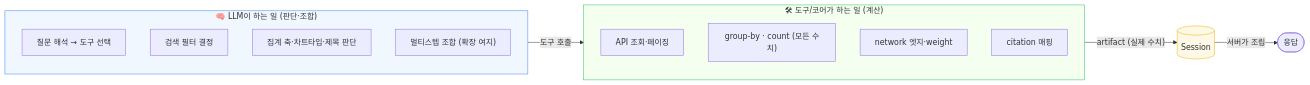
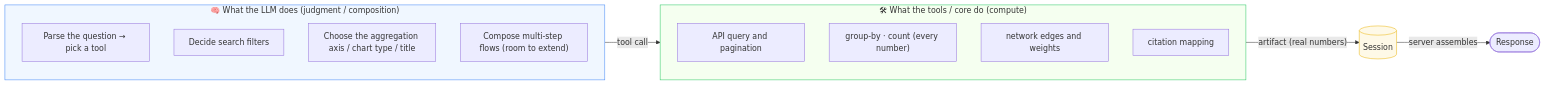
The second of 3 diagrams in docs/architecture.md (kingjiwoo/h-assignment), drawn with Mermaid before and after one commit. The commit also changed other lines of this file and 29 other files, not shown here.

````diff
--- a/docs/architecture.md
+++ b/docs/architecture.md
@@ -41,22 +41,22 @@
 ```mermaid
 flowchart LR
-    subgraph Judgment["🧠 LLM이 하는 일 (판단·조합)"]
-        A1["질문 해석 → 도구 선택"]
-        A2["검색 필터 결정"]
-        A3["집계 축·차트타입·제목 판단"]
-        A4["멀티스텝 조합 (확장 여지)"]
+    subgraph Judgment["🧠 What the LLM does (judgment / composition)"]
+        A1["Parse the question → pick a tool"]
+        A2["Decide search filters"]
+        A3["Choose the aggregation axis / chart type / title"]
+        A4["Compose multi-step flows (room to extend)"]
     end
-    subgraph Compute["🛠 도구/코어가 하는 일 (계산)"]
-        B1["API 조회·페이징"]
-        B2["group-by · count (모든 수치)"]
-        B3["network 엣지·weight"]
-        B4["citation 매핑"]
+    subgraph Compute["🛠 What the tools / core do (compute)"]
+        B1["API query and pagination"]
+        B2["group-by · count (every number)"]
+        B3["network edges and weights"]
+        B4["citation mapping"]
     end
-    Judgment -->|"도구 호출"| Compute
-    Compute -->|"artifact (실제 수치)"| Store[("Session")]
-    Store -->|"서버가 조립"| Out([응답])
+    Judgment -->|"tool call"| Compute
+    Compute -->|"artifact (real numbers)"| Store[("Session")]
+    Store -->|"server assembles"| Out([Response])
 
     style Judgment fill:#f0f7ff,stroke:#3b82f6
     style Compute fill:#f5fff0,stroke:#22c55e
     style Store fill:#fef9e7,stroke:#eab308
 ```
````
